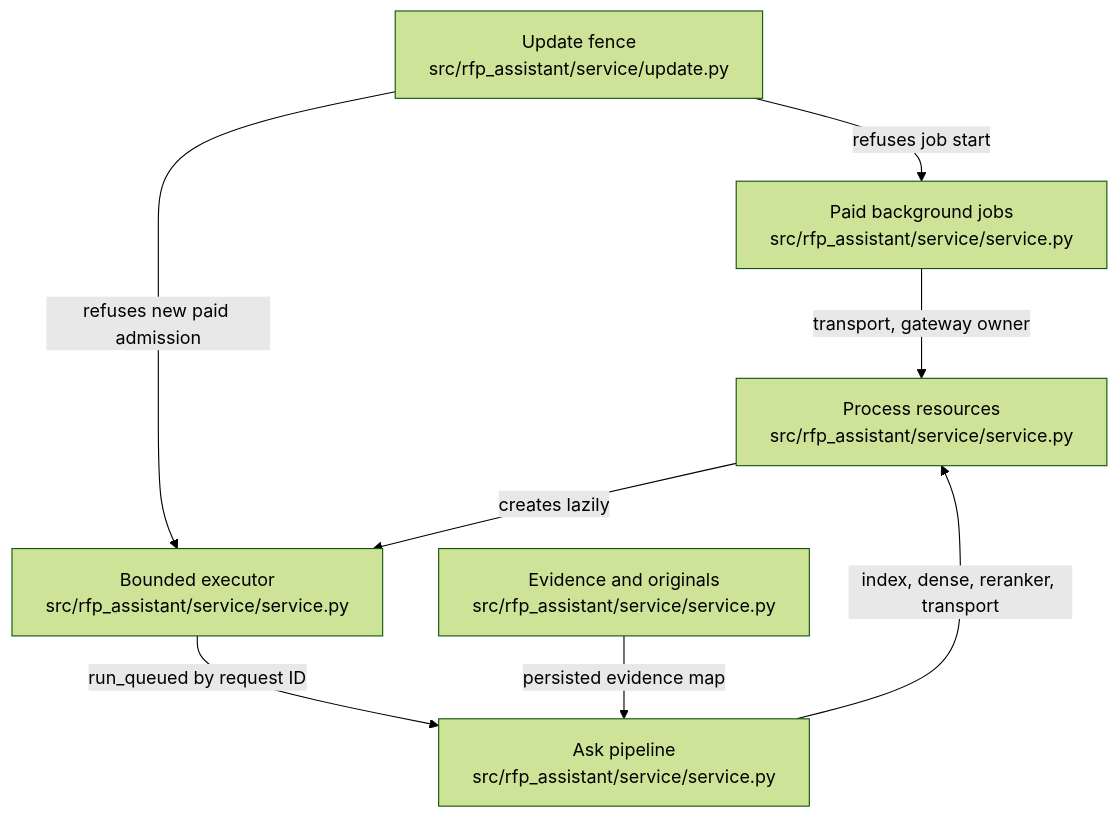
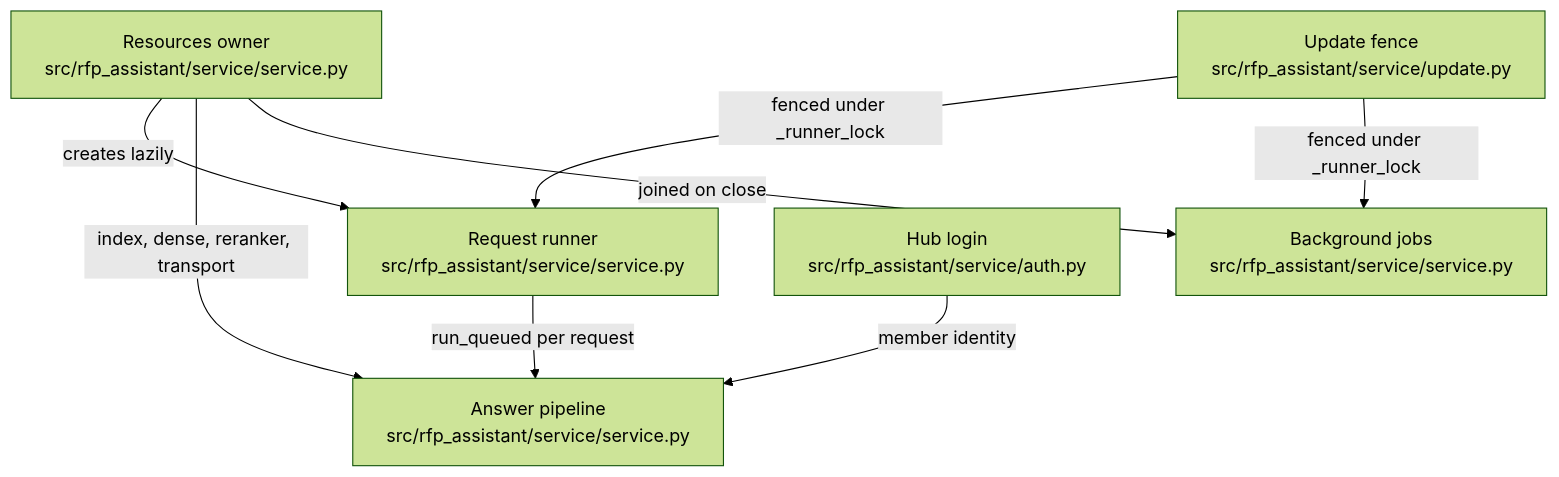
One commit to littleeeeebit/project-codeit-mid changed the diagram in .omm/overall-architecture/service-core/diagram.mmd. Above: the diagram before and after it, drawn with Mermaid (forest theme). The commit also changed 405 other files, not shown here.

```diff
--- a/.omm/overall-architecture/service-core/diagram.mmd
+++ b/.omm/overall-architecture/service-core/diagram.mmd
@@ -1,8 +1,8 @@
 graph TD
-  resources-owner["Process resources\nsrc/rfp_assistant/service/service.py"] -->|creates lazily| request-runner["Bounded executor\nsrc/rfp_assistant/service/service.py"]
-  request-runner -->|run_queued by request ID| answer-pipeline["Ask pipeline\nsrc/rfp_assistant/service/service.py"]
-  answer-pipeline -->|index, dense, reranker, transport| resources-owner
-  background-jobs["Paid background jobs\nsrc/rfp_assistant/service/service.py"] -->|transport, gateway owner| resources-owner
-  update-fence["Update fence\nsrc/rfp_assistant/service/update.py"] -->|refuses new paid admission| request-runner
-  update-fence -->|refuses job start| background-jobs
-  evidence-reader["Evidence and originals\nsrc/rfp_assistant/service/service.py"] -->|persisted evidence map| answer-pipeline
+  resources-owner["Resources owner\nsrc/rfp_assistant/service/service.py"] -->|"creates lazily"| request-runner["Request runner\nsrc/rfp_assistant/service/service.py"]
+  request-runner -->|"run_queued per request"| answer-pipeline["Answer pipeline\nsrc/rfp_assistant/service/service.py"]
+  resources-owner -->|"index, dense, reranker, transport"| answer-pipeline
+  resources-owner -->|"joined on close"| background-jobs["Background jobs\nsrc/rfp_assistant/service/service.py"]
+  update-watch["Update fence\nsrc/rfp_assistant/service/update.py"] -->|"fenced under _runner_lock"| request-runner
+  update-watch -->|"fenced under _runner_lock"| background-jobs
+  hub-login["Hub login\nsrc/rfp_assistant/service/auth.py"] -->|"member identity"| answer-pipeline
```
